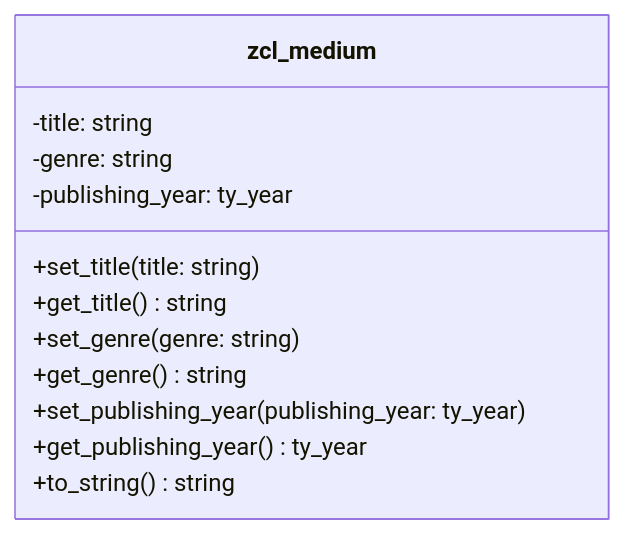
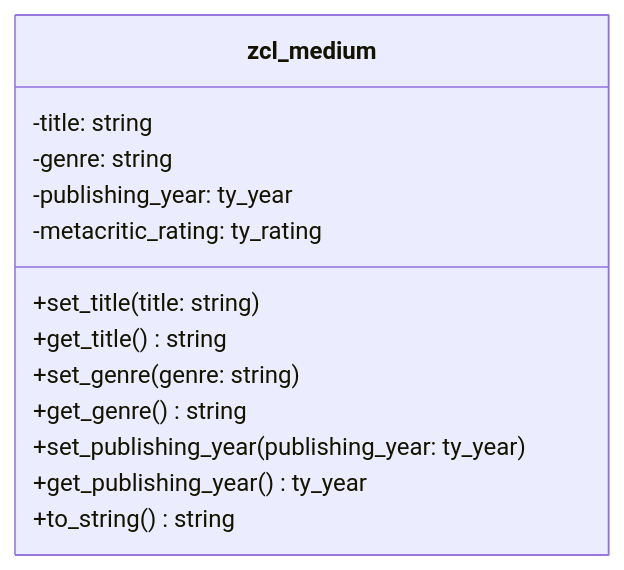
One commit to appenmaier/s4hana changed the diagram in docs/exercises/abap-objects/abap-objects-01.md. Above: the diagram before and after it, drawn with Mermaid. The commit also changed other lines of this file, not shown here.

````diff
--- a/docs/exercises/abap-objects/abap-objects-01.md
+++ b/docs/exercises/abap-objects/abap-objects-01.md
@@ -10,15 +10,16 @@
 ```mermaid
 classDiagram
    class zcl_medium {
       -title: string
       -genre: string
       -publishing_year: ty_year
+      -metacritic_rating: ty_rating 
       +set_title(title: string)
       +get_title() string
       +set_genre(genre: string)
       +get_genre() string
       +set_publishing_year(publishing_year: ty_year)
       +get_publishing_year() ty_year
       +to_string() string
    }
 ```
````
